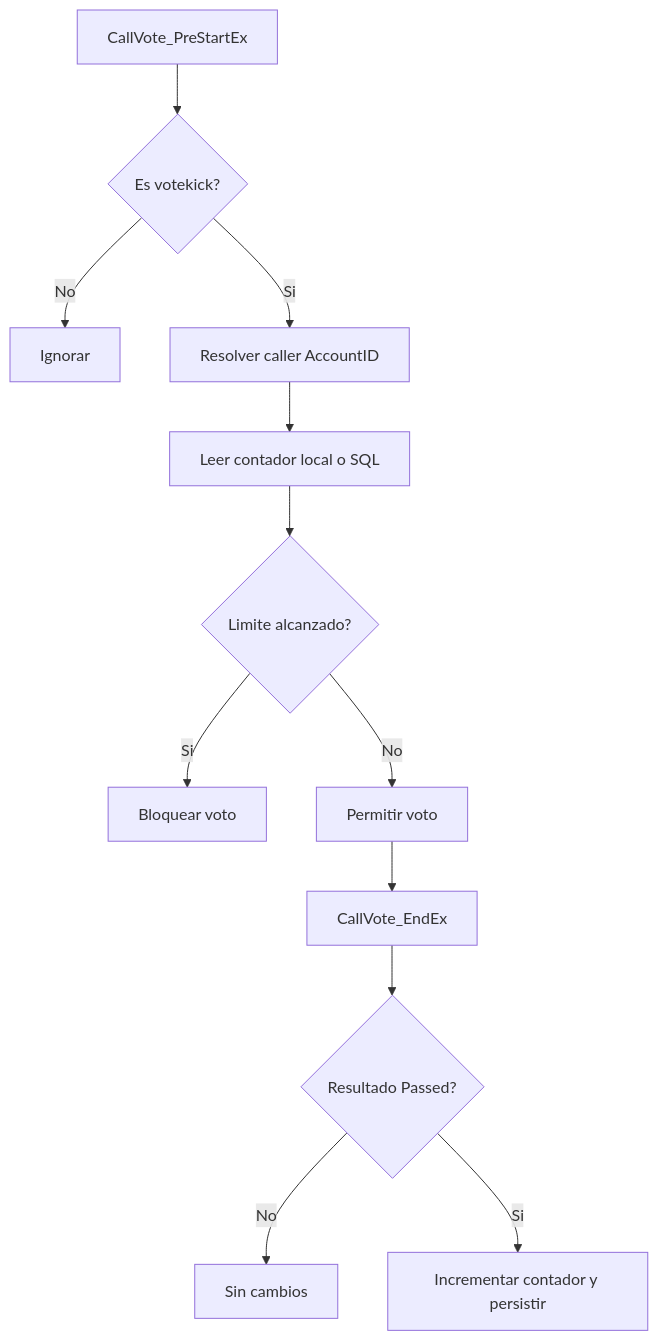
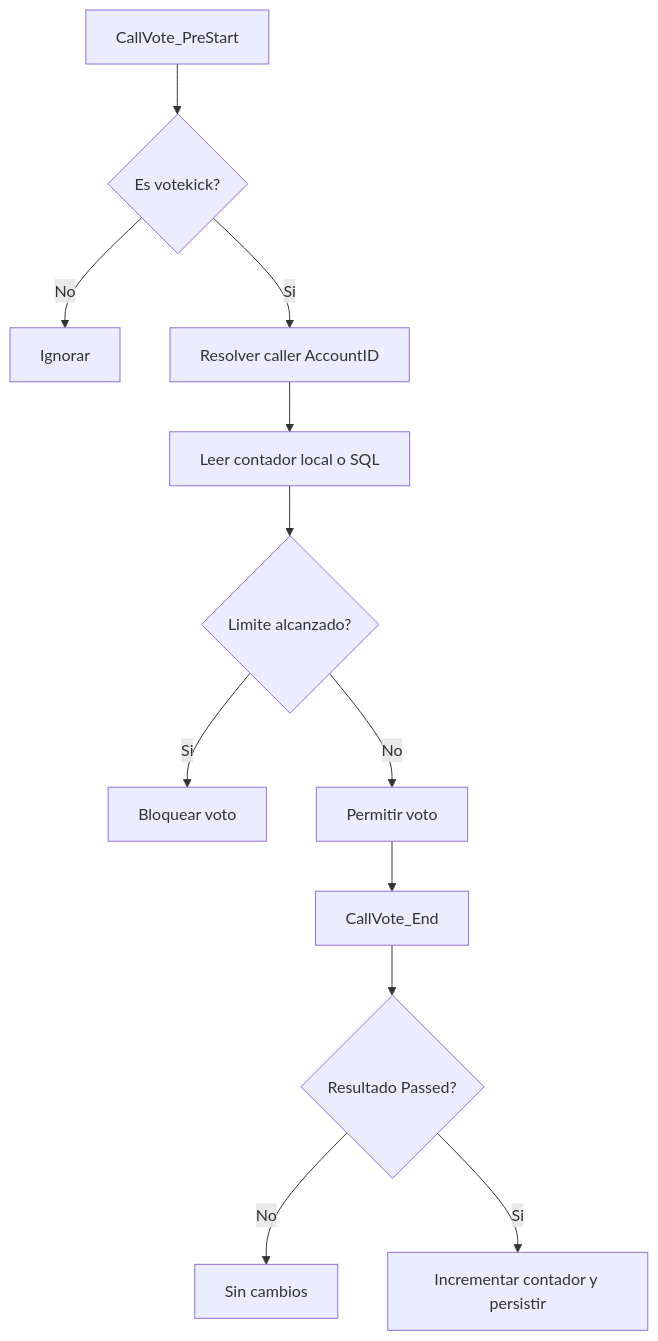
One commit to AoC-Gamers/CallVote-Manager changed the first of 2 diagrams in docs/README_KICKLIMIT.md. Above: the diagram before and after it, drawn with Mermaid. The commit also changed 25 other files, not shown here.

````diff
--- a/docs/README_KICKLIMIT.md
+++ b/docs/README_KICKLIMIT.md
@@ -20,14 +20,14 @@
 ```mermaid
 flowchart TD
-    A[CallVote_PreStartEx] --> B{Es votekick?}
+    A[CallVote_PreStart] --> B{Es votekick?}
     B -- No --> C[Ignorar]
     B -- Si --> D[Resolver caller AccountID]
     D --> E[Leer contador local o SQL]
     E --> F{Limite alcanzado?}
     F -- Si --> G[Bloquear voto]
     F -- No --> H[Permitir voto]
-    H --> I[CallVote_EndEx]
+    H --> I[CallVote_End]
     I --> J{Resultado Passed?}
     J -- No --> K[Sin cambios]
     J -- Si --> L[Incrementar contador y persistir]
 ```
````
